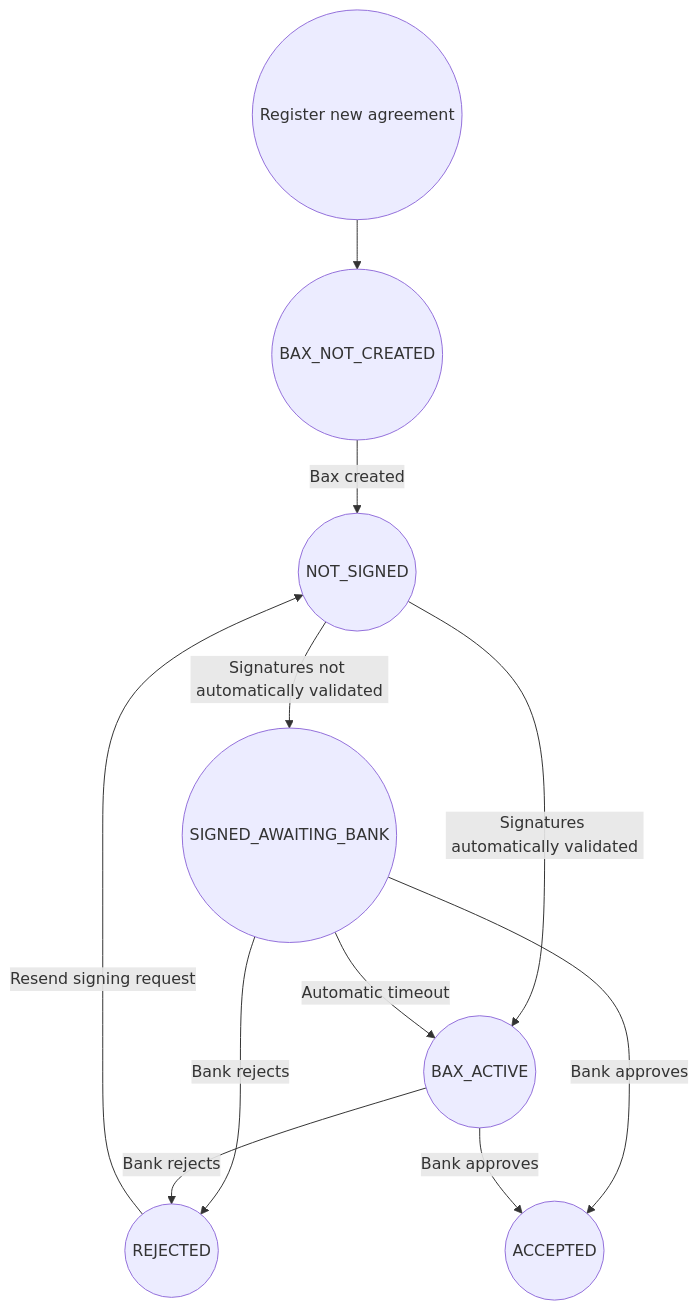
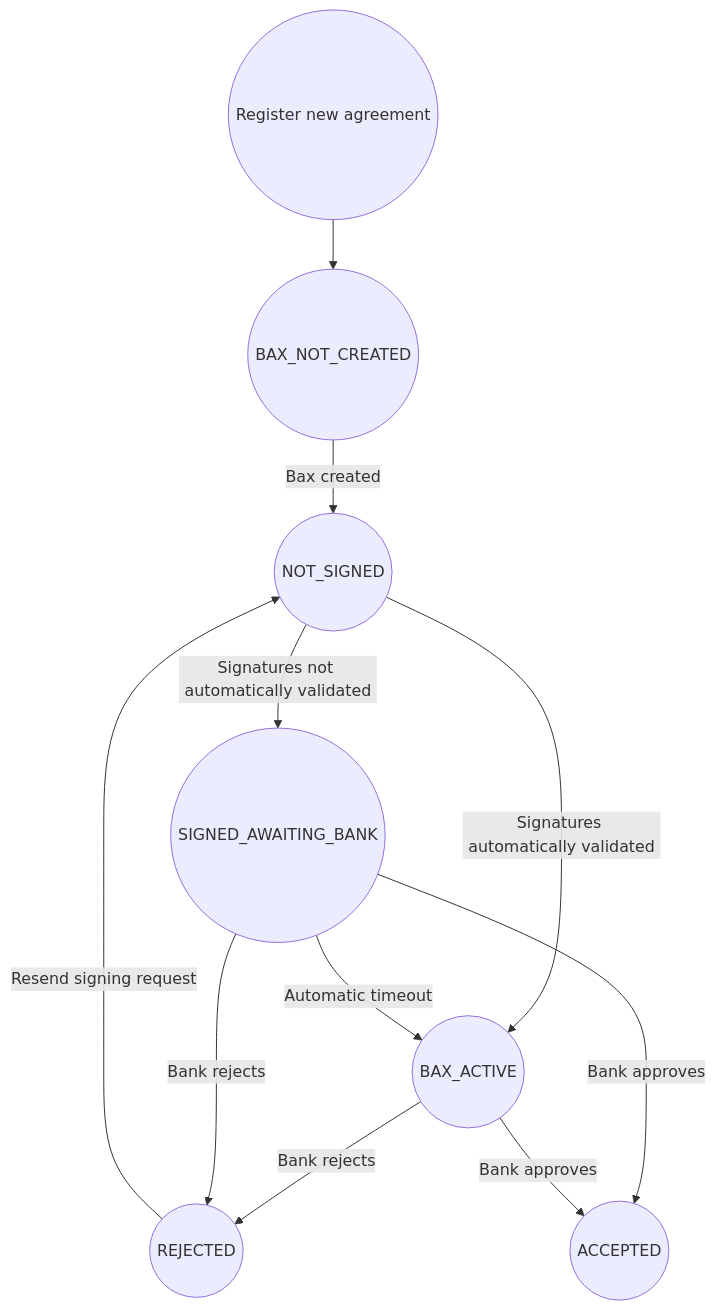
The first of 7 diagrams in docs/getting_started.md (BankAxept/bankaxept-onboarding-external-documentation), drawn with Mermaid before and after one commit. The commit also changed other lines of this file, not shown here.

````diff
--- a/docs/getting_started.md
+++ b/docs/getting_started.md
@@ -47,13 +47,13 @@
 ```mermaid
 graph TD
     A((Register new agreement)) --> B((BAX_NOT_CREATED))
     B -->|Bax created| C((NOT_SIGNED))
     C -->|Signatures not automatically validated| D((SIGNED_AWAITING_BANK))
     C -->|Signatures automatically validated| E((BAX_ACTIVE))
+    E -->|Bank rejects| F((REJECTED))
     D -->|Bank rejects| F((REJECTED))
     D -->|Bank approves| G((ACCEPTED))
     D -->|Automatic timeout| E((BAX_ACTIVE))
-    E -->|Bank rejects| F((REJECTED))
     E -->|Bank approves| G((ACCEPTED))
     F -->|Resend signing request| C((NOT_SIGNED))
 ```
````
